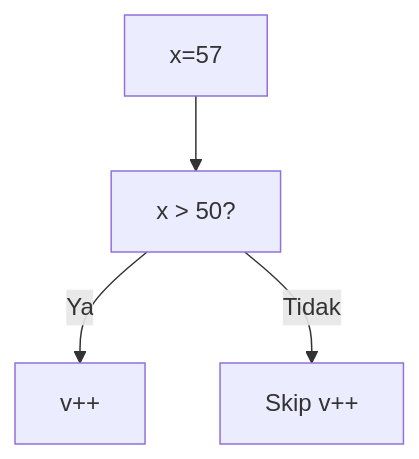
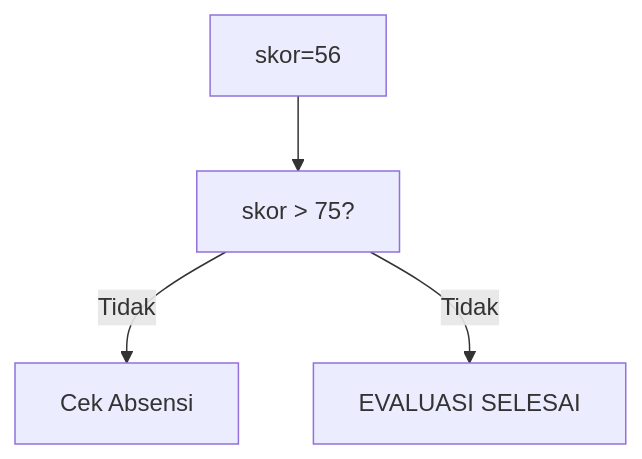
One commit to amnahwaida/OSNK_INF_PREP changed diagram 14 of 25 in part-c-pemahaman-cpp/02-percabangan/latihan/set-08.md. Above: the diagram before and after it, drawn with Mermaid. The commit also changed other lines of this file and 71 other files, not shown here.

````diff
--- a/part-c-pemahaman-cpp/02-percabangan/latihan/set-08.md
+++ b/part-c-pemahaman-cpp/02-percabangan/latihan/set-08.md
@@ -387,6 +406,6 @@
 ```mermaid
 graph TD
-A["x=57"] --> B["x > 50?"]
-B -- Ya --> C["v++"]
-B -- Tidak --> D["Skip v++"]
+A["skor=56"] --> B["skor > 75?"]
+B -- Tidak --> C["Cek Absensi"]
+B -- Tidak --> D["EVALUASI SELESAI"]
 ```
````
